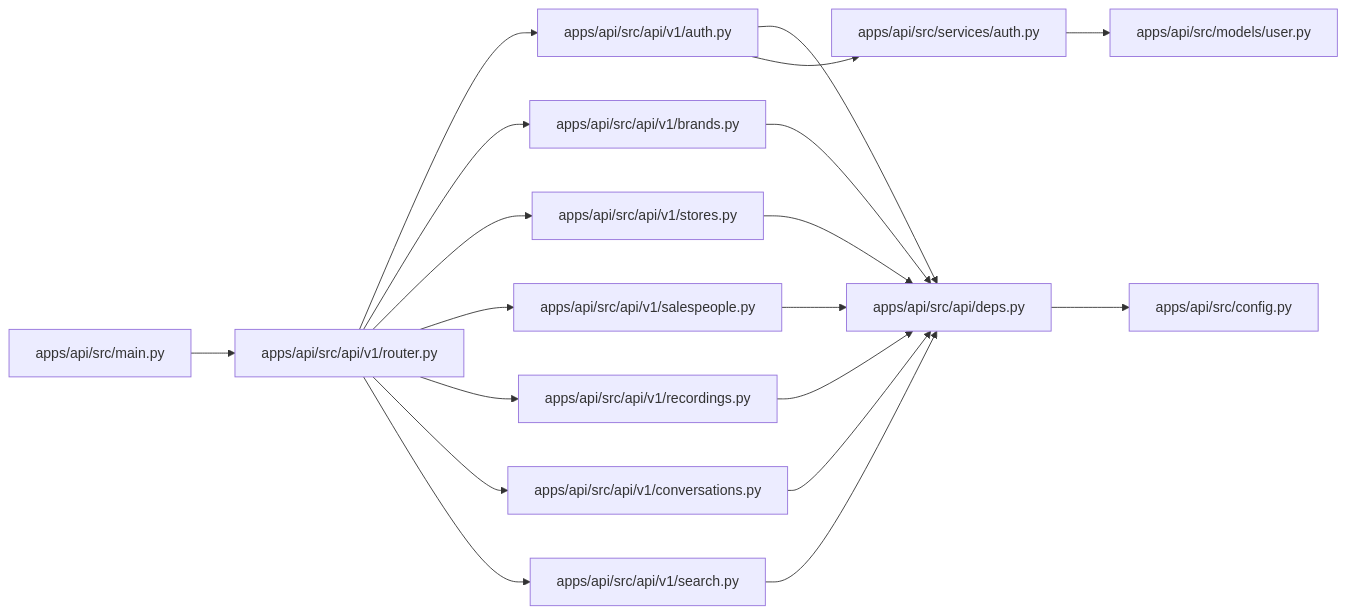
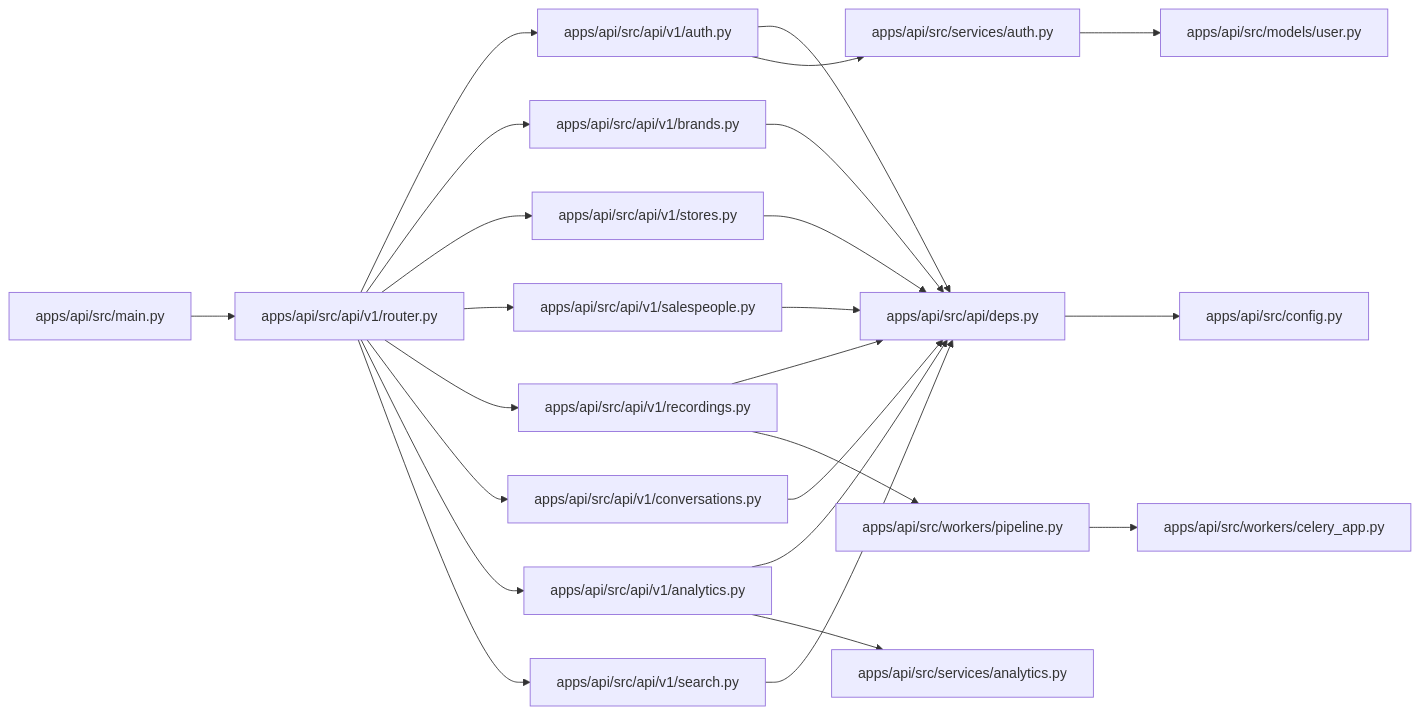
The eighth of 9 diagrams in .qoder/repowiki/en/content/Backend API Documentation/Backend API Documentation.md (userisaziz/cxsamaa.store), drawn with Mermaid before and after one commit. The commit also changed other lines of this file and 113 other files, not shown here.

First line of the commit message:
feat(api): add analytics and celery pipeline for recording processing

````diff
--- a/.qoder/repowiki/en/content/Backend API Documentation/Backend API Documentation.md
+++ b/.qoder/repowiki/en/content/Backend API Documentation/Backend API Documentation.md
@@ -532,21 +674,26 @@
 ```mermaid
 graph LR
 Main["apps/api/src/main.py"] --> V1["apps/api/src/api/v1/router.py"]
 V1 --> AuthR["apps/api/src/api/v1/auth.py"]
 V1 --> BrandsR["apps/api/src/api/v1/brands.py"]
 V1 --> StoresR["apps/api/src/api/v1/stores.py"]
 V1 --> SalespR["apps/api/src/api/v1/salespeople.py"]
 V1 --> RecR["apps/api/src/api/v1/recordings.py"]
 V1 --> ConvR["apps/api/src/api/v1/conversations.py"]
+V1 --> AnalyticsR["apps/api/src/api/v1/analytics.py"]
 V1 --> SearchR["apps/api/src/api/v1/search.py"]
 AuthR --> Deps["apps/api/src/api/deps.py"]
 BrandsR --> Deps
 StoresR --> Deps
 SalespR --> Deps
 RecR --> Deps
 ConvR --> Deps
+AnalyticsR --> Deps
 SearchR --> Deps
 Deps --> Conf["apps/api/src/config.py"]
 AuthR --> AuthSvc["apps/api/src/services/auth.py"]
 AuthSvc --> ModelsU["apps/api/src/models/user.py"]
+AnalyticsR --> AnalyticsSvc["apps/api/src/services/analytics.py"]
+RecR --> Pipeline["apps/api/src/workers/pipeline.py"]
+Pipeline --> CeleryApp["apps/api/src/workers/celery_app.py"]
 ```
````
